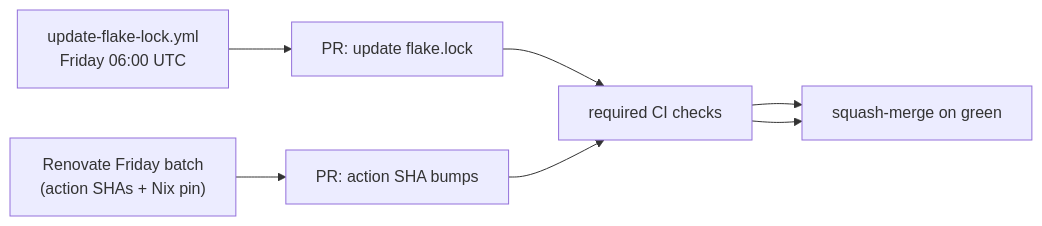
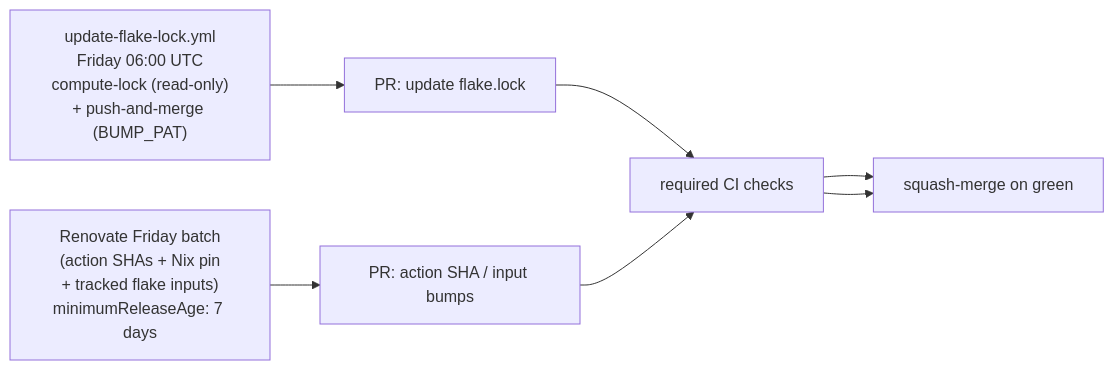
Before and after one commit to rvenutolo/linPEAS-flake: the third of 3 diagrams in docs/architecture/auto-update.md, drawn with Mermaid. The commit also changed other lines of this file and 3 other files, not shown here.

````diff
--- a/docs/architecture/auto-update.md
+++ b/docs/architecture/auto-update.md
@@ -48,12 +48,12 @@
 ```mermaid
 flowchart LR
-  flakelock["update-flake-lock.yml<br/>Friday 06:00 UTC"]
-  renovate["Renovate Friday batch<br/>(action SHAs + Nix pin)"]
+  flakelock["update-flake-lock.yml<br/>Friday 06:00 UTC<br/>compute-lock (read-only)<br/>+ push-and-merge (BUMP_PAT)"]
+  renovate["Renovate Friday batch<br/>(action SHAs + Nix pin<br/>+ tracked flake inputs)<br/>minimumReleaseAge: 7 days"]
   pr1["PR: update flake.lock"]
-  pr2["PR: action SHA bumps"]
+  pr2["PR: action SHA / input bumps"]
   ci["required CI checks"]
   merge["squash-merge on green"]
 
   flakelock --> pr1 --> ci --> merge
   renovate --> pr2 --> ci --> merge
 ```
````
